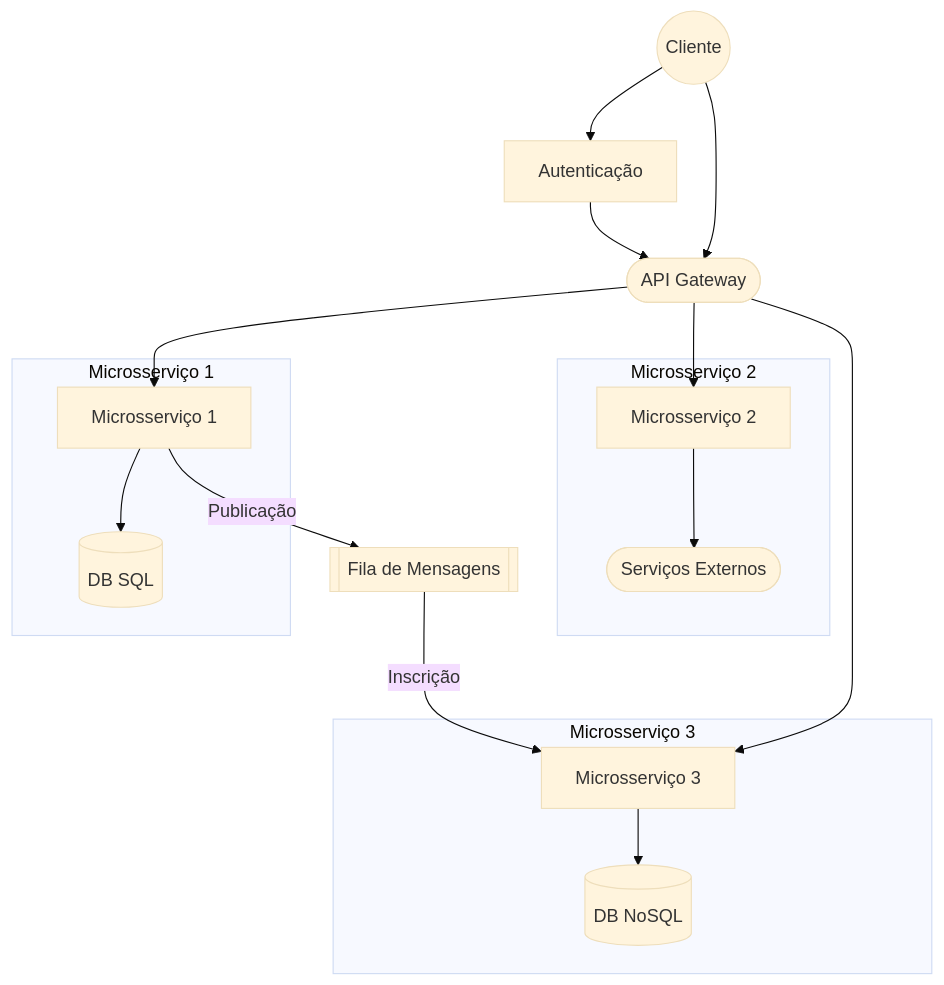
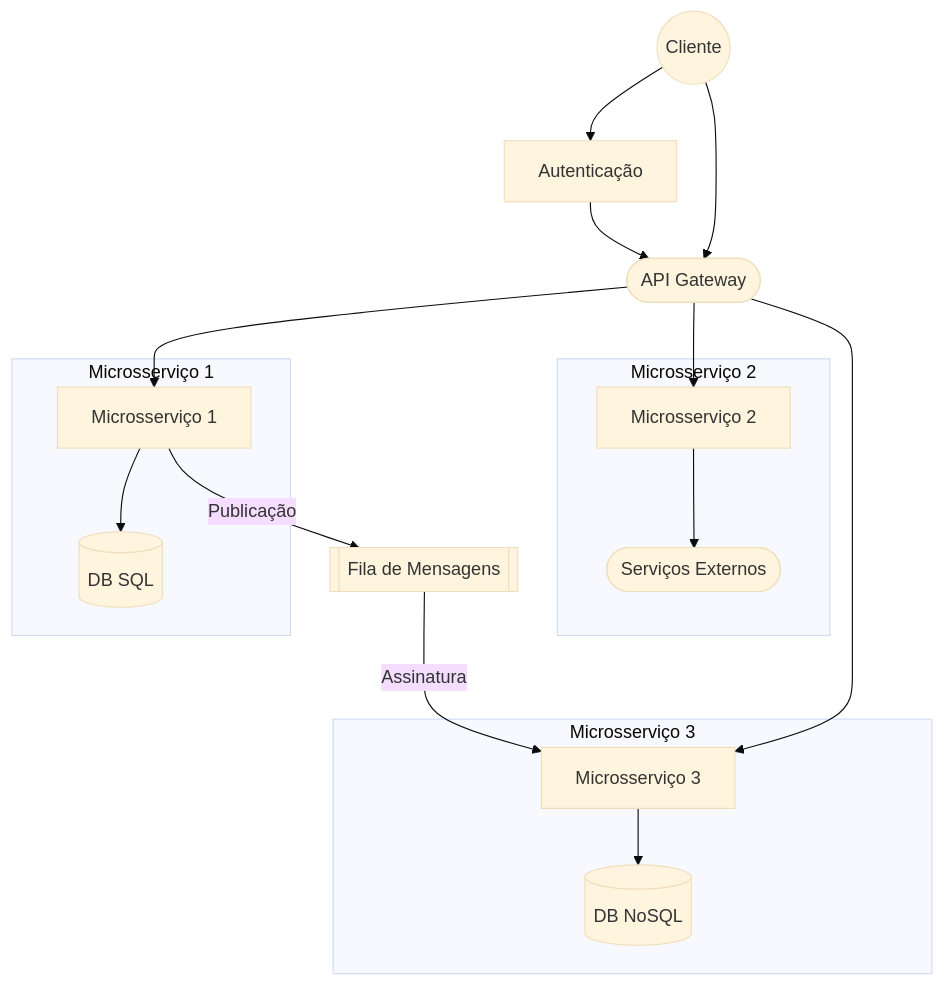
Before and after one commit to xrissmark/Teste230526: the diagram in Conceitual/Microservicos.md, drawn with Mermaid (base theme).

````diff
--- a/Conceitual/Microservicos.md
+++ b/Conceitual/Microservicos.md
@@ -15,27 +15,27 @@
 ```mermaid
 graph TB
 
 A((Cliente)) --> B[Autenticação]
 B --> C([API Gateway])
 A --> C
 
 C --> D[Microsserviço 1]
 C --> E[Microsserviço 2]
 C --> F[Microsserviço 3]
 
 subgraph  Microsserviço 1
 D --> G[(DB SQL)]
 end
 
 subgraph  Microsserviço 2
 E --> H([Serviços Externos])
 end
 
 subgraph  Microsserviço 3
 F --> I[(DB NoSQL)]
 end
 
 D -- Publicação --> J[[Fila de Mensagens]]
-J -- Inscrição --> F
+J -- Assinatura --> F
 
 ```
````
